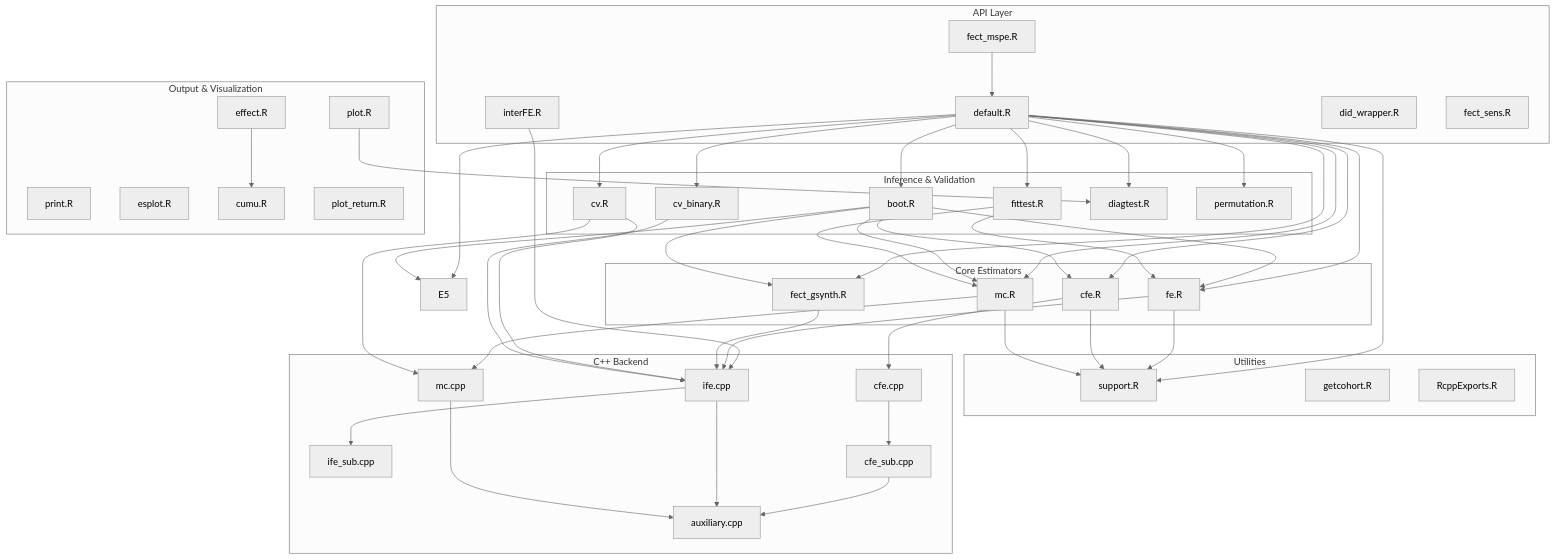
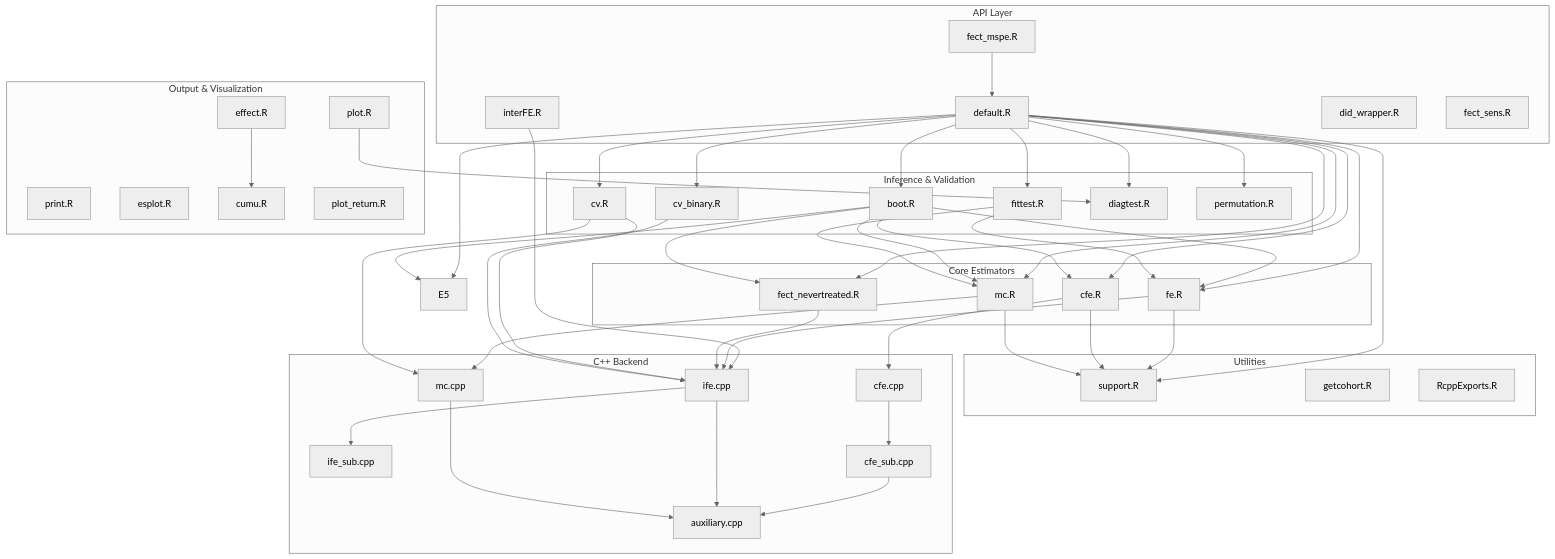
One commit to xuyiqing/fect changed the first of 4 diagrams in architecture.md. Above: the diagram before and after it, drawn with Mermaid. The commit also changed other lines of this file and 4 other files, not shown here.

First line of the commit message:
Rename fect_gsynth to fect_nevertreated

```diff
--- a/architecture.md
+++ b/architecture.md
@@ -25,7 +25,7 @@
         E1["fe.R"]
         E2["cfe.R"]
         E3["mc.R"]
-        E4["fect_gsynth.R"]
+        E4["fect_nevertreated.R"]
     end
 
     subgraph Inference["Inference & Validation"]
```
